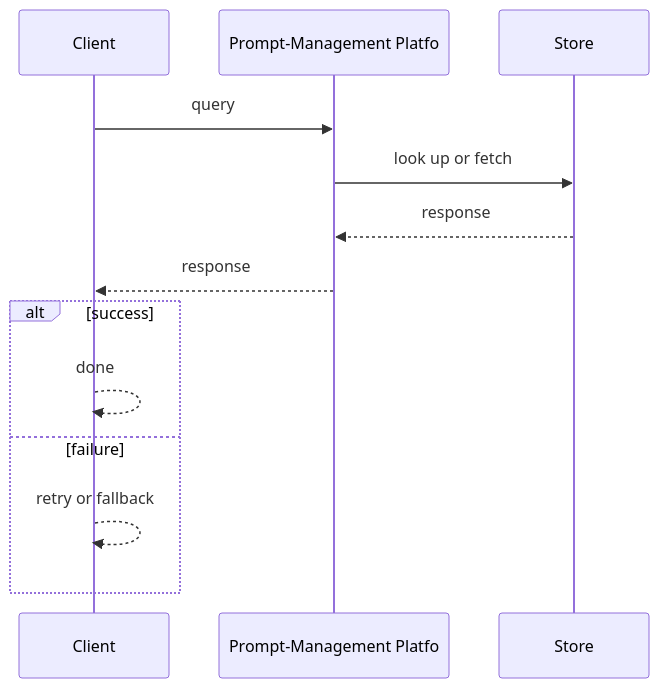
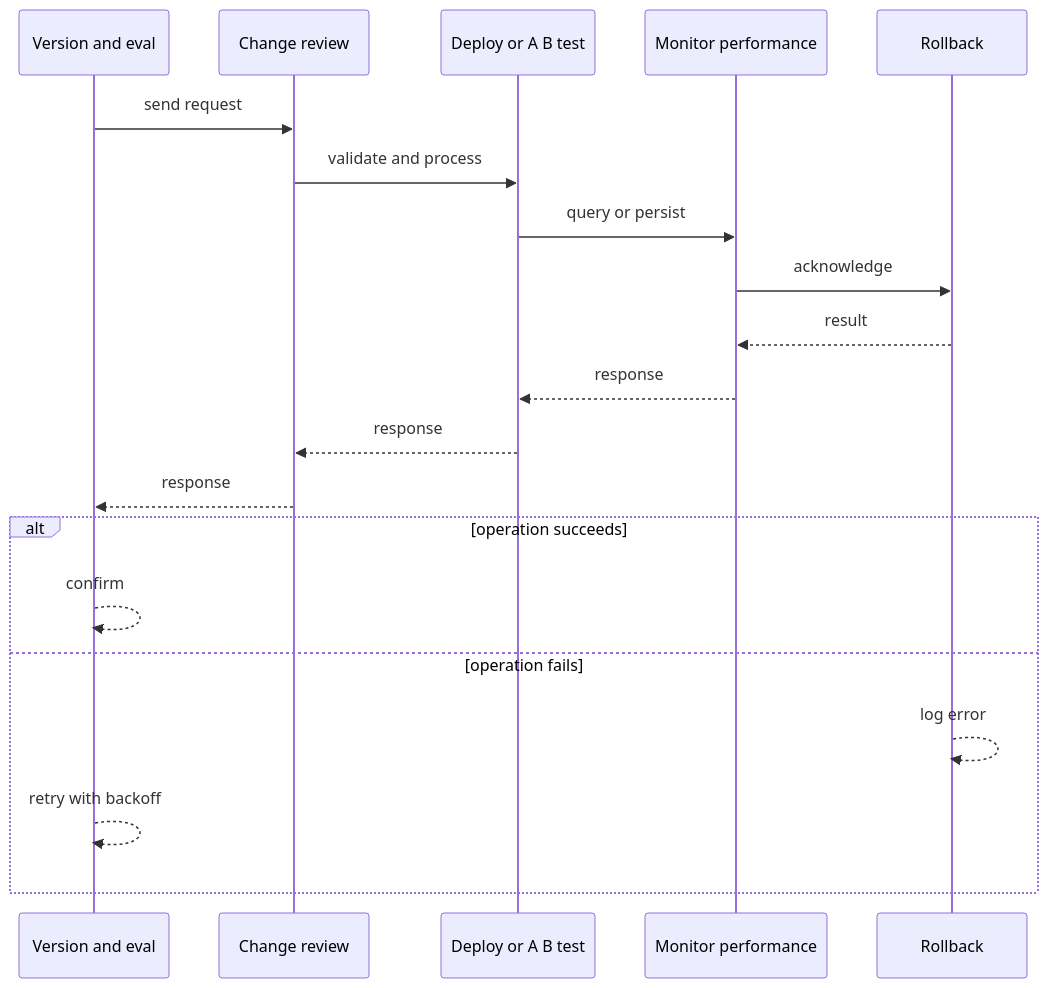
One commit to RIT-MESH/system-design-mastery changed the second of 4 diagrams in case-studies/ai-systems/prompt-management-platform.md. Above: the diagram before and after it, drawn with Mermaid. The commit also changed other lines of this file and 64 other files, not shown here.

````diff
--- a/case-studies/ai-systems/prompt-management-platform.md
+++ b/case-studies/ai-systems/prompt-management-platform.md
@@ -80,16 +68,23 @@
 ```mermaid
 %% created-for: system-design-mastery
 sequenceDiagram
-  participant P0 as Client
-  participant P1 as Prompt-Management Platfo
-  participant P2 as Store
-  P0 ->> P1: query
-  P1 ->> P2: look up or fetch
-  P2 -->> P1: response
-  P1 -->> P0: response
-  alt success
-    P0 -->> P0: done
-  else failure
-    P0 -->> P0: retry or fallback
+  participant C0 as Version and eval
+  participant C1 as Change review
+  participant C2 as Deploy or A B test
+  participant C3 as Monitor performance
+  participant C4 as Rollback
+  C0 ->> C1: send request
+  C1 ->> C2: validate and process
+  C2 ->> C3: query or persist
+  C3 ->> C4: acknowledge
+  C4 -->> C3: result
+  C3 -->> C2: response
+  C2 -->> C1: response
+  C1 -->> C0: response
+  alt operation succeeds
+    C0 -->> C0: confirm
+  else operation fails
+    C4 -->> C4: log error
+    C0 -->> C0: retry with backoff
   end
 ```
````
